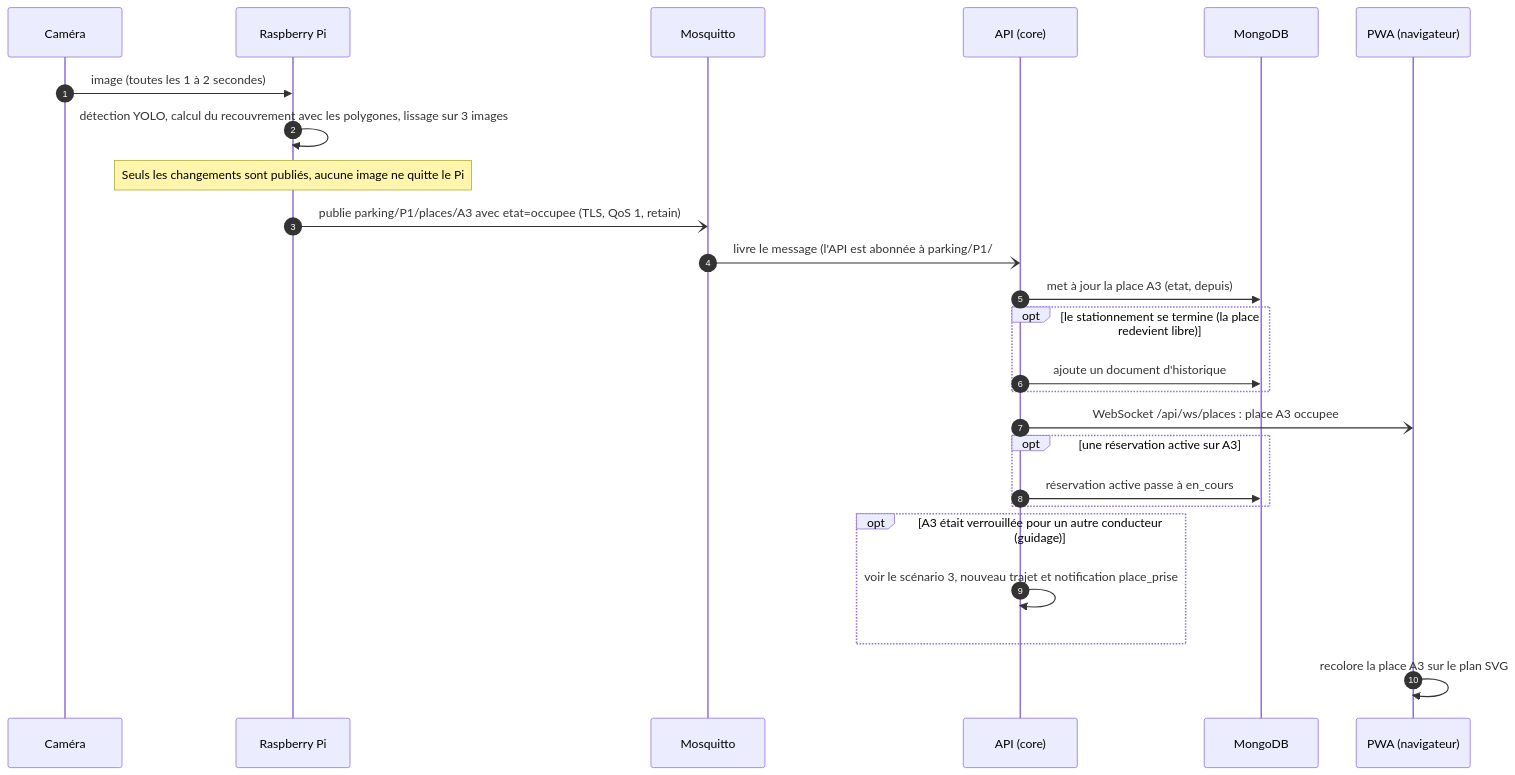
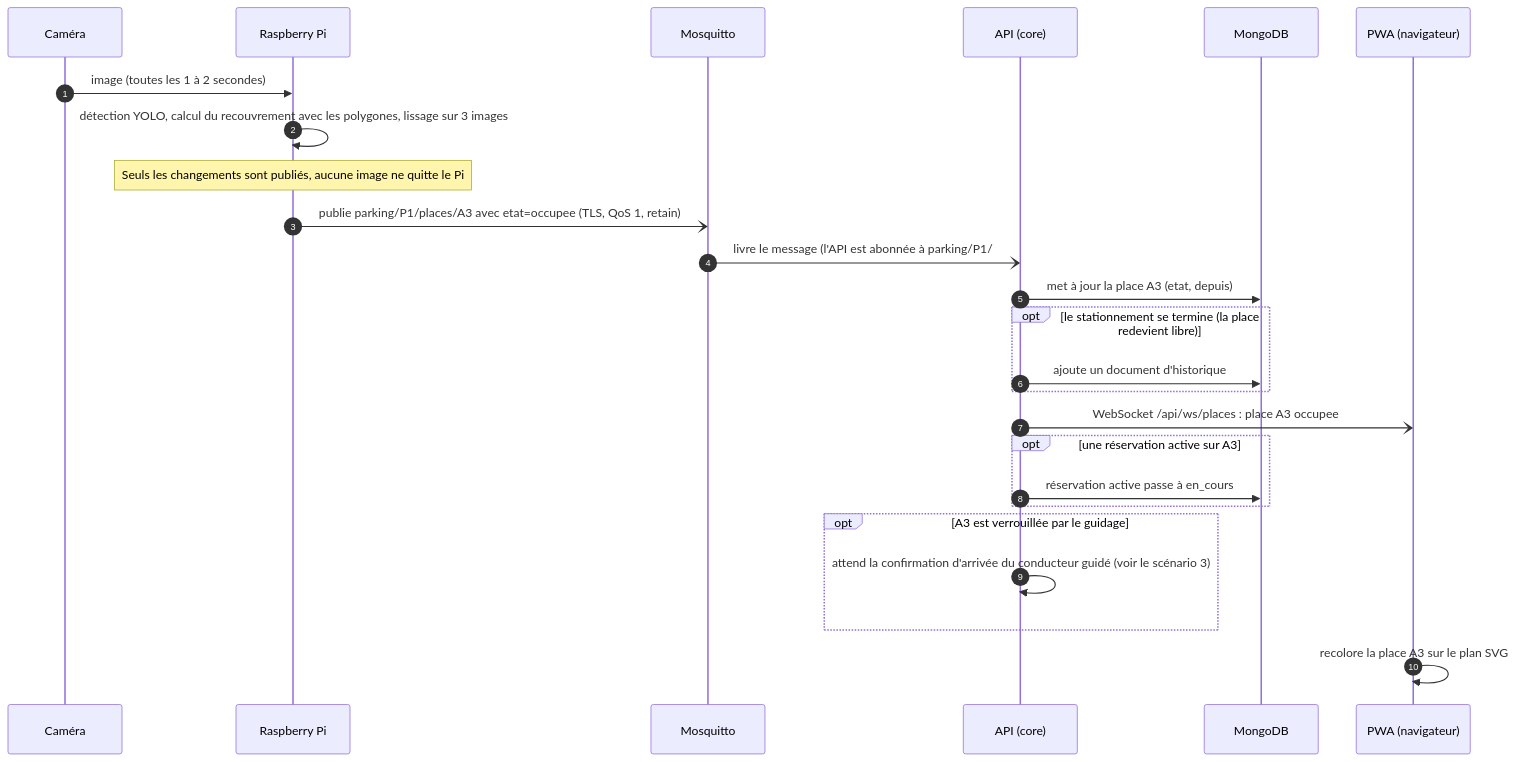
Before and after one commit to amaltrigui19/projet_smart_parking: the second of 6 diagrams in docs/uml/03-sequences.md, drawn with Mermaid. The commit also changed other lines of this file and 3 other files, not shown here.

Commit message:
docs: confirmation d'arrivée « Je suis garé » pour le guidage (solution A)

````diff
--- a/docs/uml/03-sequences.md
+++ b/docs/uml/03-sequences.md
@@ -57,33 +57,33 @@
 ```mermaid
 sequenceDiagram
     autonumber
     participant Cam as Caméra
     participant Pi as Raspberry Pi
     participant MQ as Mosquitto
     participant API as API (core)
     participant DB as MongoDB
     participant PWA as PWA (navigateur)
 
     Cam->>Pi: image (toutes les 1 à 2 secondes)
     Pi->>Pi: détection YOLO, calcul du recouvrement avec les polygones, lissage sur 3 images
     Note over Pi: Seuls les changements sont publiés, aucune image ne quitte le Pi
 
     Pi-)MQ: publie parking/P1/places/A3 avec etat=occupee (TLS, QoS 1, retain)
     MQ-)API: livre le message (l'API est abonnée à parking/P1/#)
     API->>DB: met à jour la place A3 (etat, depuis)
 
     opt le stationnement se termine (la place redevient libre)
         API->>DB: ajoute un document d'historique
     end
 
     API-)PWA: WebSocket /api/ws/places : place A3 occupee
 
     opt une réservation active sur A3
         API->>DB: réservation active passe à en_cours
     end
-    opt A3 était verrouillée pour un autre conducteur (guidage)
-        API->>API: voir le scénario 3, nouveau trajet et notification place_prise
+    opt A3 est verrouillée par le guidage
+        API->>API: attend la confirmation d'arrivée du conducteur guidé (voir le scénario 3)
     end
 
     PWA->>PWA: recolore la place A3 sur le plan SVG
 ```
````
